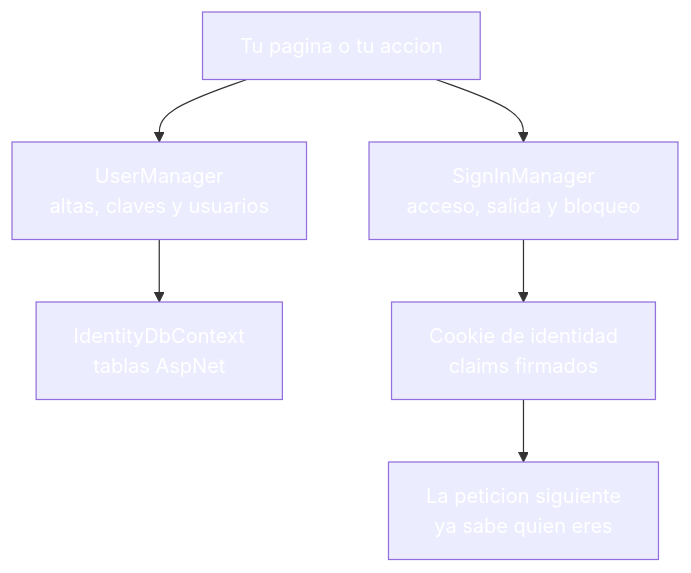
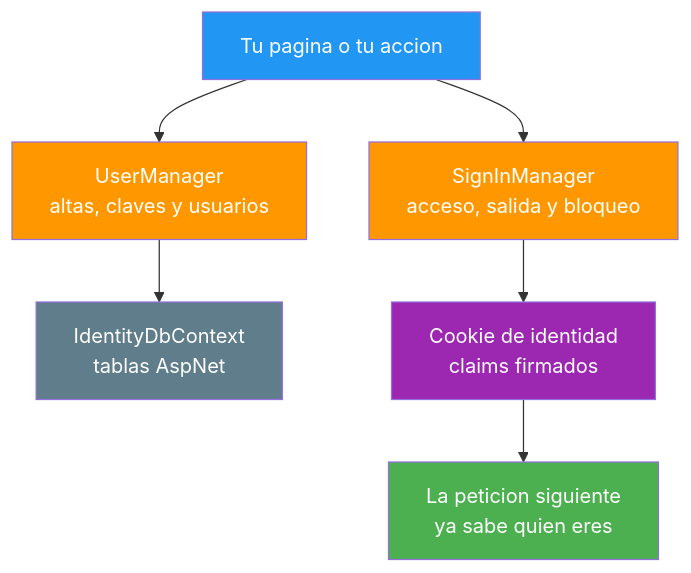
One commit to joseluisgs/DesarrolloWebEntornosServidor-03-2026-2027 changed the fifth of 8 diagrams in 19-autenticacion-identity.md. Above: the diagram before and after it, drawn with Mermaid. The commit also changed other lines of this file and 25 other files, not shown here.

Commit message:
docs: corregir los estilos Mermaid de los temas y alinear el dominio del tema 25 con ProductosApp

````diff
--- a/19-autenticacion-identity.md
+++ b/19-autenticacion-identity.md
@@ -206,14 +206,14 @@
 ```mermaid
 graph TD
     P["Tu pagina o tu accion"] --> UM["UserManager<br/>altas, claves y usuarios"]
     P --> SM["SignInManager<br/>acceso, salida y bloqueo"]
     UM --> EF["IdentityDbContext<br/>tablas AspNet"]
     SM --> CK["Cookie de identidad<br/>claims firmados"]
     CK --> P2["La peticion siguiente<br/>ya sabe quien eres"]
-    style P fill:#2196F,color:#fff3,color:#fff
-    style P2 fill:#4CAF5,color:#fff0,color:#fff
-    style UM fill:#FF980,color:#fff0,color:#fff
-    style SM fill:#FF980,color:#fff0,color:#fff
-    style EF fill:#607D8,color:#fffB,color:#fff
-    style CK fill:#9C27B,color:#fff0,color:#fff
+    style P fill:#2196F3,color:#fff
+    style P2 fill:#4CAF50,color:#fff
+    style UM fill:#FF9800,color:#fff
+    style SM fill:#FF9800,color:#fff
+    style EF fill:#607D8B,color:#fff
+    style CK fill:#9C27B0,color:#fff
 ```
````
